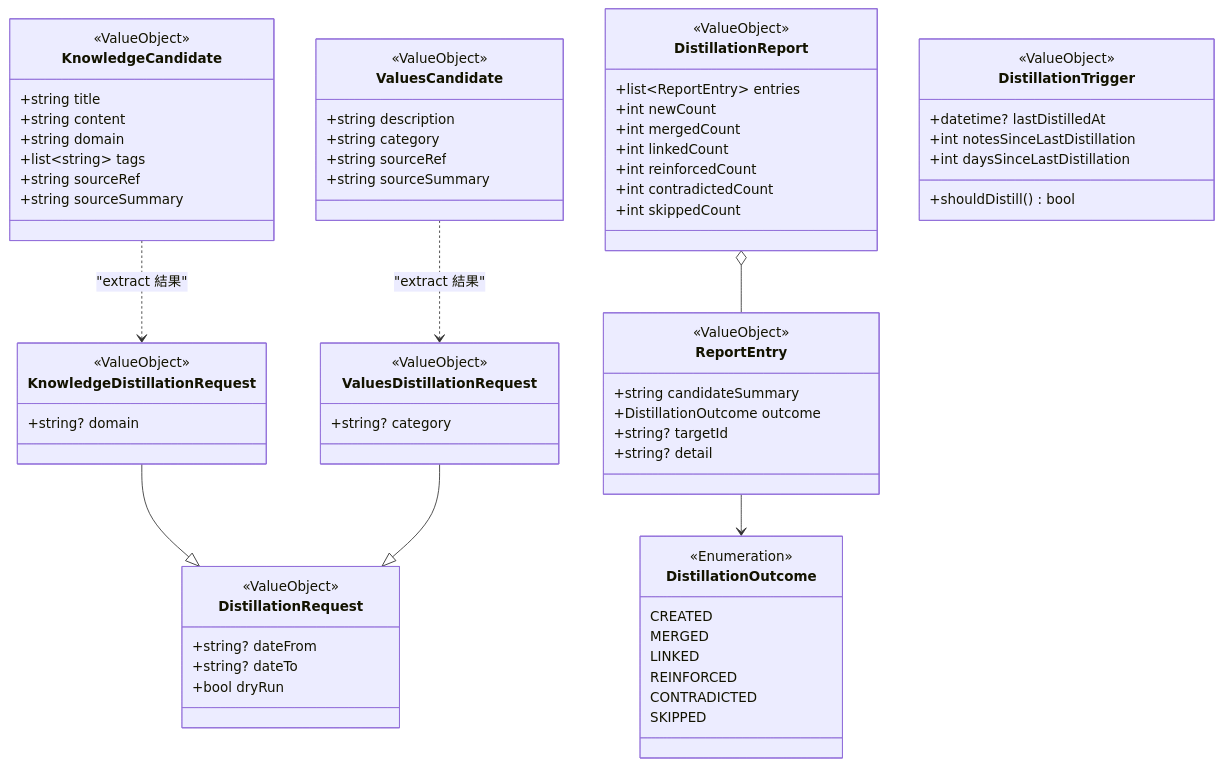
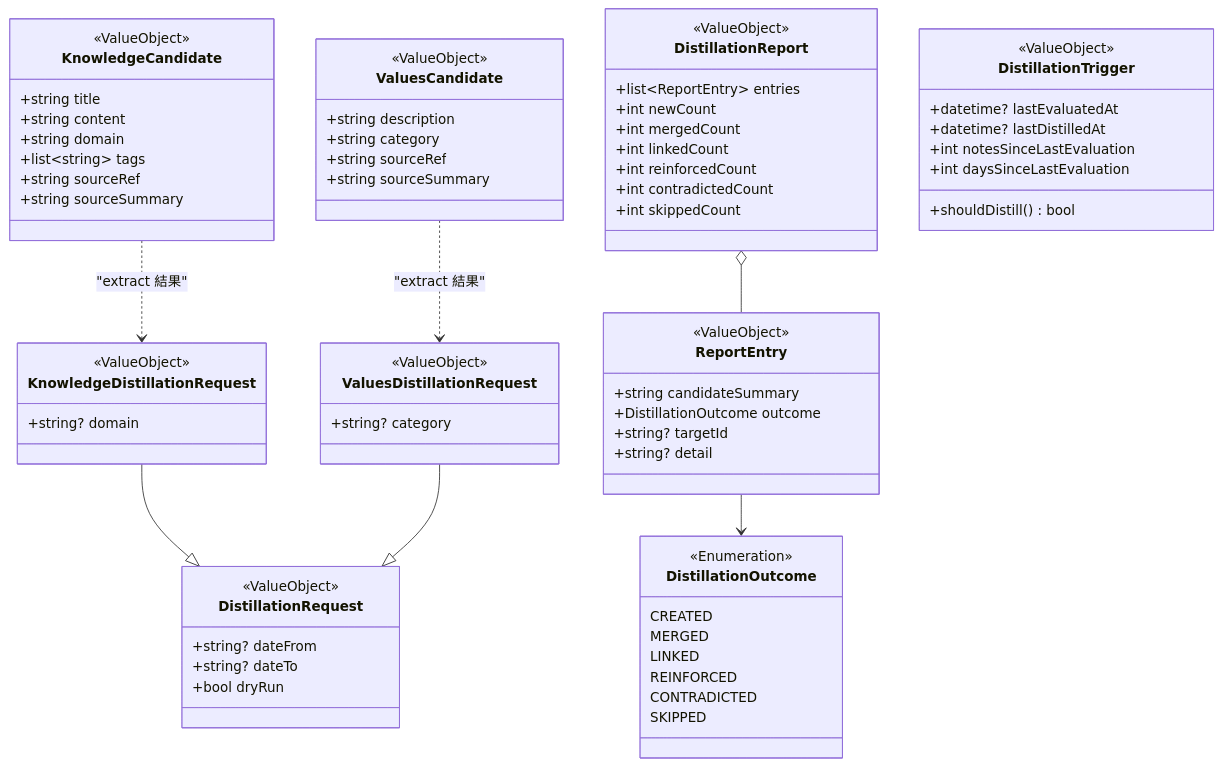
One commit to RK0429/agentic-memory changed the fourth of 6 diagrams in docs/design/DOMAIN-MODEL-knowledge-values.md. Above: the diagram before and after it, drawn with Mermaid. The commit also changed other lines of this file and 2 other files, not shown here.

````diff
--- a/docs/design/DOMAIN-MODEL-knowledge-values.md
+++ b/docs/design/DOMAIN-MODEL-knowledge-values.md
@@ -303,81 +307,82 @@
 ```mermaid
 classDiagram
     class DistillationRequest {
         <<ValueObject>>
         +string? dateFrom
         +string? dateTo
         +bool dryRun
     }
 
     class KnowledgeDistillationRequest {
         <<ValueObject>>
         +string? domain
     }
 
     class ValuesDistillationRequest {
         <<ValueObject>>
         +string? category
     }
 
     class KnowledgeCandidate {
         <<ValueObject>>
         +string title
         +string content
         +string domain
         +list~string~ tags
         +string sourceRef
         +string sourceSummary
     }
 
     class ValuesCandidate {
         <<ValueObject>>
         +string description
         +string category
         +string sourceRef
         +string sourceSummary
     }
 
     class DistillationReport {
         <<ValueObject>>
         +list~ReportEntry~ entries
         +int newCount
         +int mergedCount
         +int linkedCount
         +int reinforcedCount
         +int contradictedCount
         +int skippedCount
     }
 
     class ReportEntry {
         <<ValueObject>>
         +string candidateSummary
         +DistillationOutcome outcome
         +string? targetId
         +string? detail
     }
 
     class DistillationOutcome {
         <<Enumeration>>
         CREATED
         MERGED
         LINKED
         REINFORCED
         CONTRADICTED
         SKIPPED
     }
 
     class DistillationTrigger {
         <<ValueObject>>
+        +datetime? lastEvaluatedAt
         +datetime? lastDistilledAt
-        +int notesSinceLastDistillation
-        +int daysSinceLastDistillation
+        +int notesSinceLastEvaluation
+        +int daysSinceLastEvaluation
         +shouldDistill() bool
     }
 
     KnowledgeDistillationRequest --|> DistillationRequest
     ValuesDistillationRequest --|> DistillationRequest
     DistillationReport o-- ReportEntry
     ReportEntry --> DistillationOutcome
     KnowledgeCandidate ..> KnowledgeDistillationRequest : "extract 結果"
     ValuesCandidate ..> ValuesDistillationRequest : "extract 結果"
 ```
````
